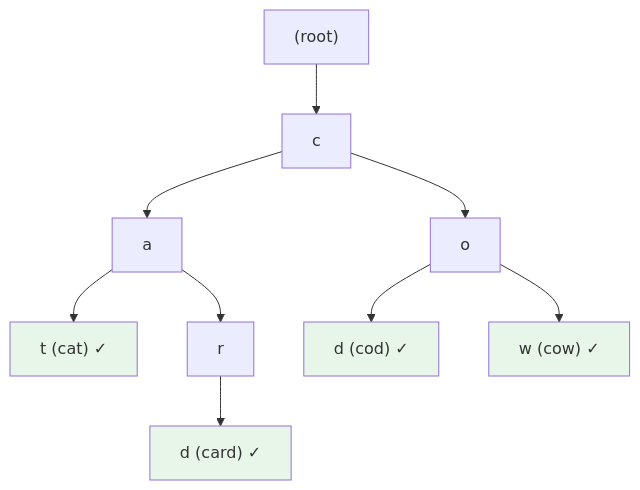
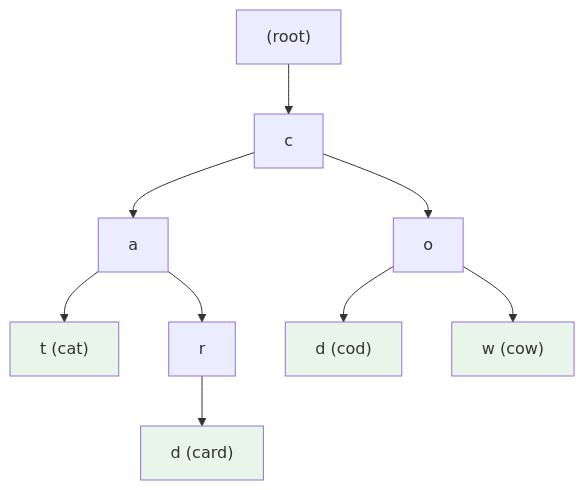
Before and after one commit to missercatos/RootStack: the first of 3 diagrams in 数据结构/L_字典树_Trie.md, drawn with Mermaid. The commit also changed other lines of this file and 605 other files, not shown here.

````diff
--- a/数据结构/L_字典树_Trie.md
+++ b/数据结构/L_字典树_Trie.md
@@ -15,16 +15,16 @@
 ```mermaid
 graph TD
-    ROOT["(root)"] --> C["c"]
-    C --> CA["a"]
-    CA --> CAT["t (cat) ✓"]
-    CA --> CAR["r"]
-    CAR --> CARD["d (card) ✓"]
-    C --> CO["o"]
-    CO --> COD["d (cod) ✓"]
-    CO --> COW["w (cow) ✓"]
-    
-    style CAT fill:#e8f5e9
-    style CARD fill:#e8f5e9
-    style COD fill:#e8f5e9
-    style COW fill:#e8f5e9
+ ROOT["(root)"] --> C["c"]
+ C --> CA["a"]
+ CA --> CAT["t (cat) "]
+ CA --> CAR["r"]
+ CAR --> CARD["d (card) "]
+ C --> CO["o"]
+ CO --> COD["d (cod) "]
+ CO --> COW["w (cow) "]
+ 
+ style CAT fill:#e8f5e9
+ style CARD fill:#e8f5e9
+ style COD fill:#e8f5e9
+ style COW fill:#e8f5e9
 ```
````
